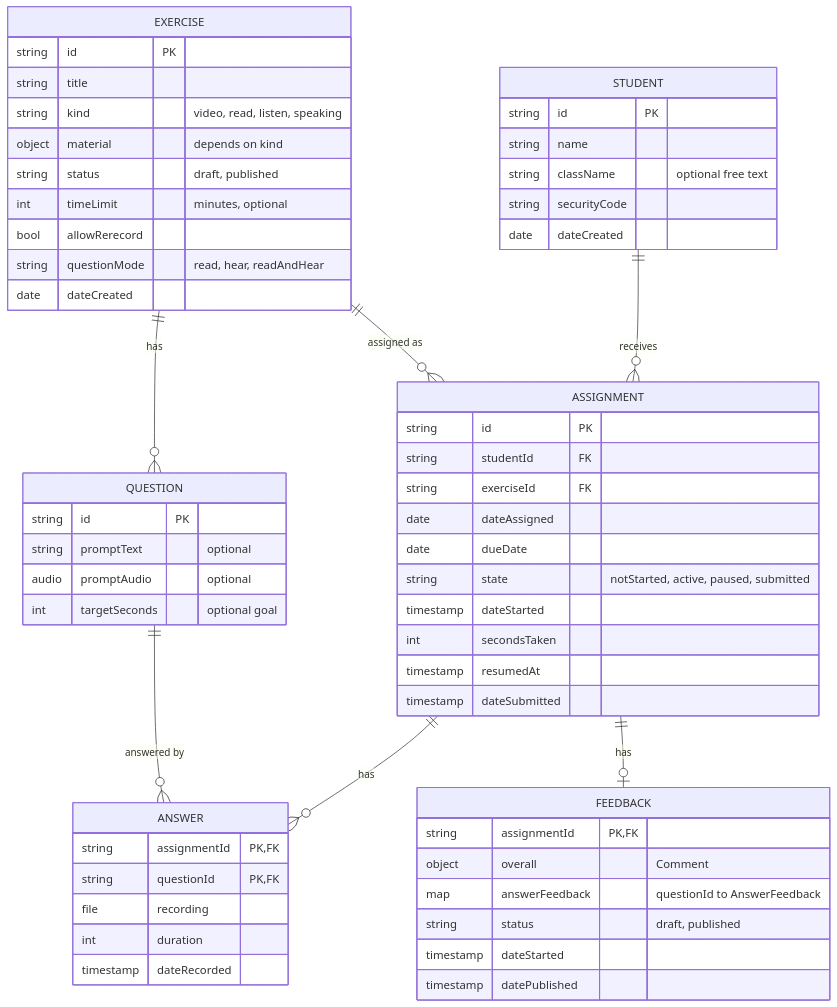
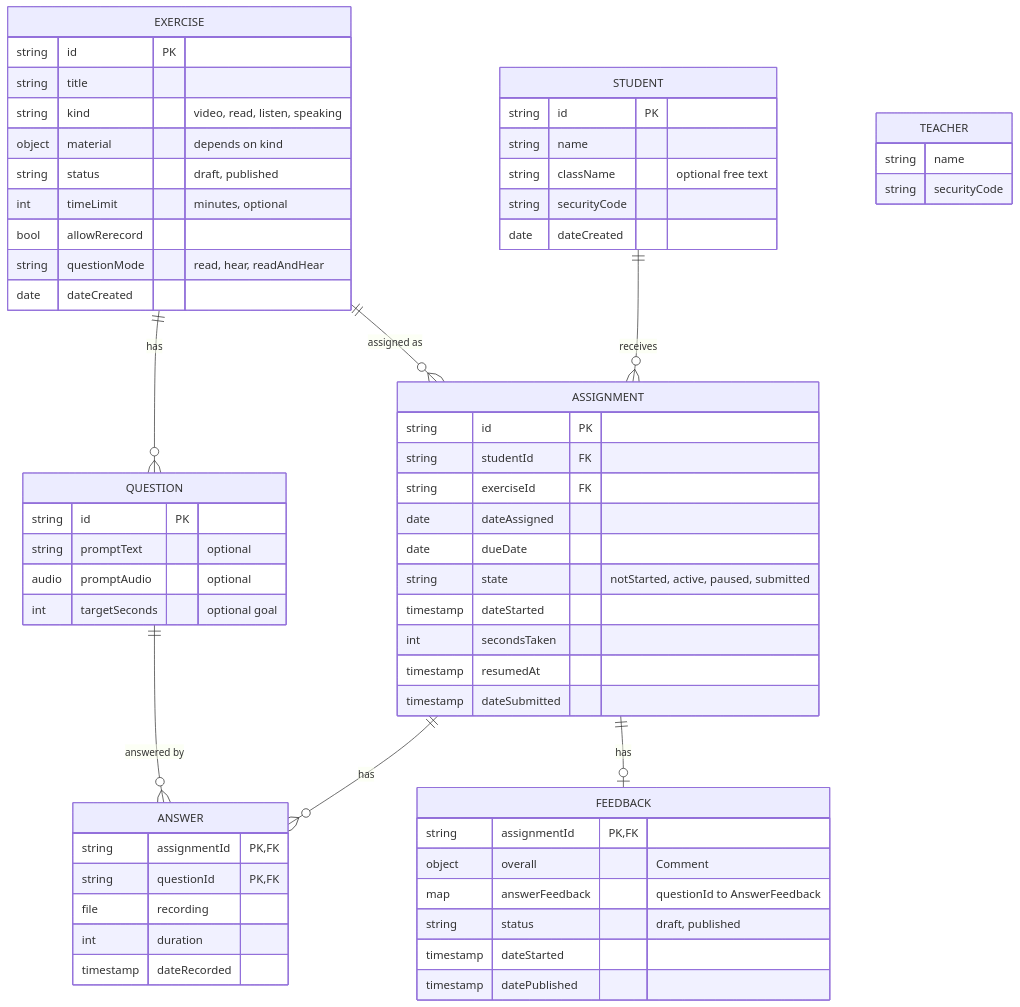
One commit to jmagaram/hamorahlimor-prototype changed the diagram in docs/data-model.md. Above: the diagram before and after it, drawn with Mermaid. The commit also changed other lines of this file and 13 other files, not shown here.

````diff
--- a/docs/data-model.md
+++ b/docs/data-model.md
@@ -5,60 +5,64 @@
 ```mermaid
 erDiagram
   STUDENT ||--o{ ASSIGNMENT : receives
   EXERCISE ||--o{ ASSIGNMENT : "assigned as"
   EXERCISE ||--o{ QUESTION : has
   ASSIGNMENT ||--o{ ANSWER : has
   QUESTION ||--o{ ANSWER : "answered by"
   ASSIGNMENT ||--o| FEEDBACK : has
+  TEACHER {
+    string name
+    string securityCode
+  }
   STUDENT {
     string id PK
     string name
     string className "optional free text"
     string securityCode
     date dateCreated
   }
   EXERCISE {
     string id PK
     string title
     string kind "video, read, listen, speaking"
     object material "depends on kind"
     string status "draft, published"
     int timeLimit "minutes, optional"
     bool allowRerecord
     string questionMode "read, hear, readAndHear"
     date dateCreated
   }
   QUESTION {
     string id PK
     string promptText "optional"
     audio promptAudio "optional"
     int targetSeconds "optional goal"
   }
   ASSIGNMENT {
     string id PK
     string studentId FK
     string exerciseId FK
     date dateAssigned
     date dueDate
     string state "notStarted, active, paused, submitted"
     timestamp dateStarted
     int secondsTaken
     timestamp resumedAt
     timestamp dateSubmitted
   }
   ANSWER {
     string assignmentId PK, FK
     string questionId PK, FK
     file recording
     int duration
     timestamp dateRecorded
   }
   FEEDBACK {
     string assignmentId PK, FK
     object overall "Comment"
     map answerFeedback "questionId to AnswerFeedback"
     string status "draft, published"
     timestamp dateStarted
     timestamp datePublished
   }
 ```
````
